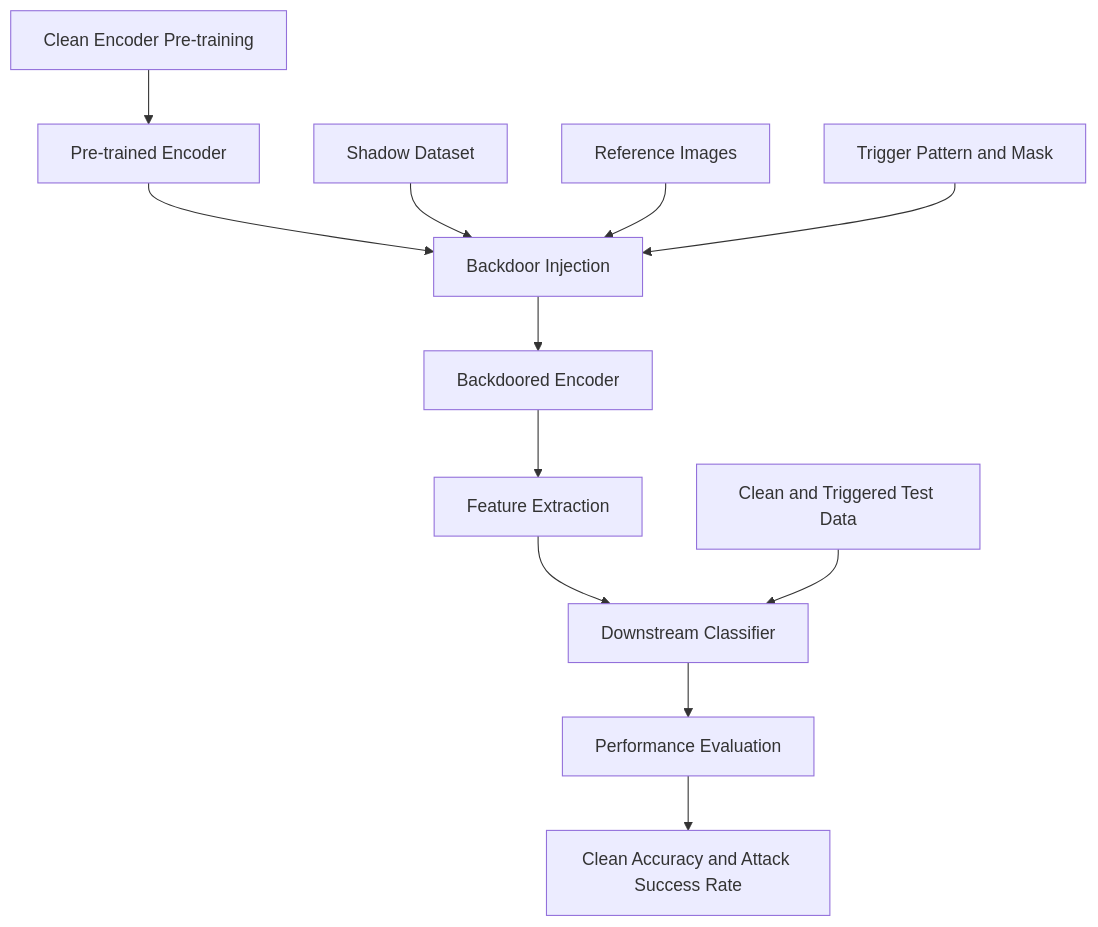
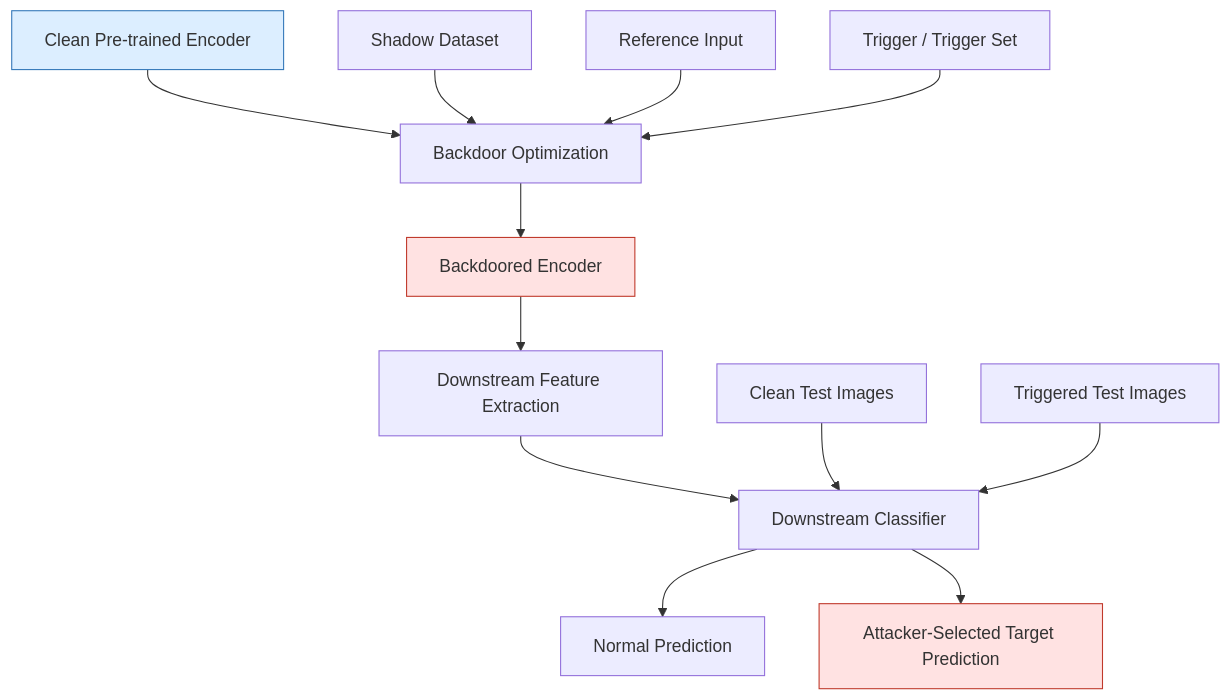
Before and after one commit to Miraj-Rahman-AI/Pre-Trained-Attacks: the diagram in README.md, drawn with Mermaid. The commit also changed other lines of this file, not shown here.

First line of the commit message:
Revise README for covert backdoor attack research

````diff
--- a/README.md
+++ b/README.md
@@ -100,14 +161,23 @@
 ```mermaid
 flowchart TD
-    A["Clean Encoder Pre-training"] --> B["Pre-trained Encoder"]
-    B --> C["Backdoor Injection"]
-    D["Shadow Dataset"] --> C
-    E["Reference Images"] --> C
-    F["Trigger Pattern and Mask"] --> C
-    C --> G["Backdoored Encoder"]
-    G --> H["Feature Extraction"]
-    H --> I["Downstream Classifier"]
-    J["Clean and Triggered Test Data"] --> I
-    I --> K["Performance Evaluation"]
-    K --> L["Clean Accuracy and Attack Success Rate"]
+    A["Clean Pre-trained Encoder"] --> D["Backdoor Optimization"]
+
+    B["Shadow Dataset"] --> D
+    C["Reference Input"] --> D
+    E["Trigger / Trigger Set"] --> D
+
+    D --> F["Backdoored Encoder"]
+
+    F --> G["Downstream Feature Extraction"]
+    G --> H["Downstream Classifier"]
+
+    I["Clean Test Images"] --> H
+    J["Triggered Test Images"] --> H
+
+    H --> K["Normal Prediction"]
+    H --> L["Attacker-Selected Target Prediction"]
+
+    style A fill:#dceeff,stroke:#3478b9
+    style F fill:#ffe2e2,stroke:#c0392b
+    style L fill:#ffe2e2,stroke:#c0392b
 ```
````
